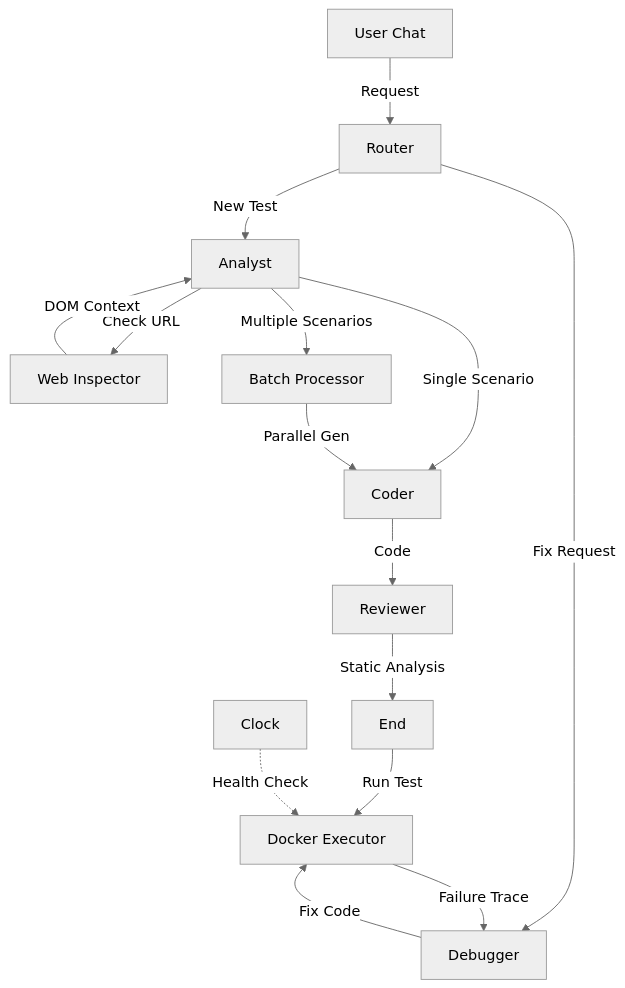
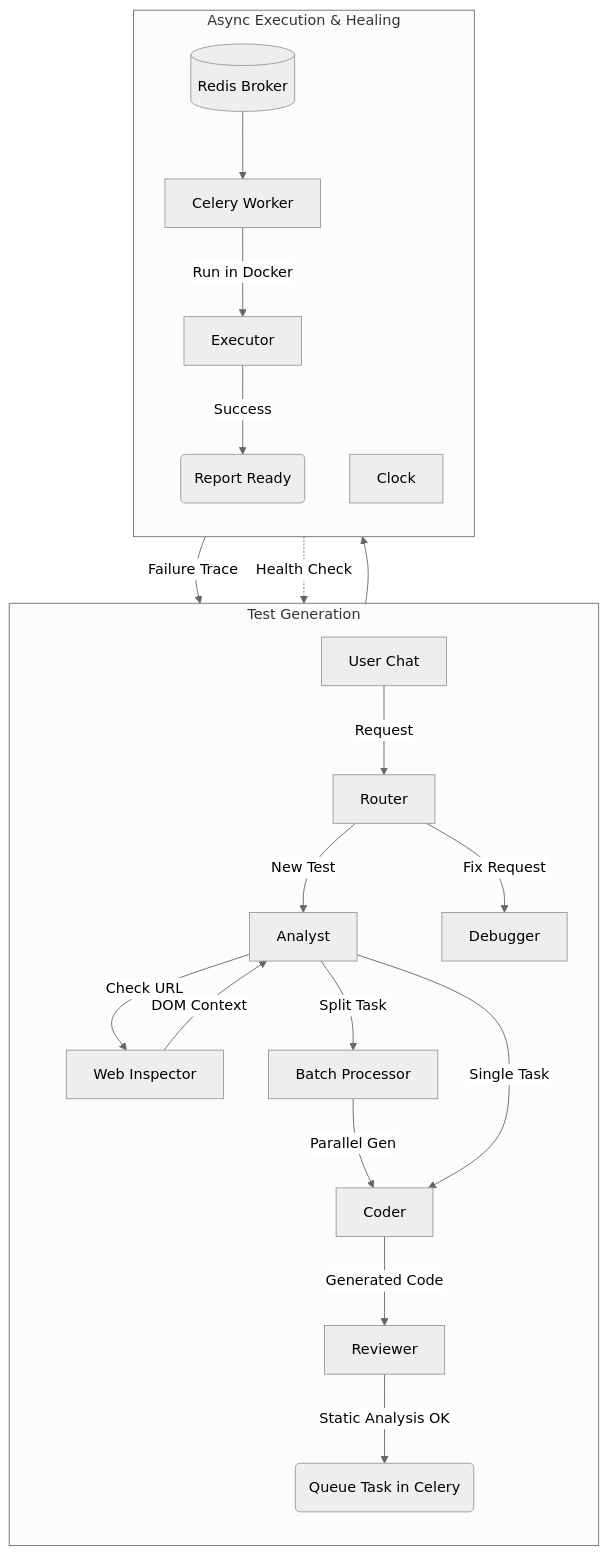
One commit to ShutovKS/copilot-audit changed the diagram in README.md. Above: the diagram before and after it, drawn with Mermaid (neutral theme). The commit also changed other lines of this file and 27 other files, not shown here.

Commit message:
Add DinD Sidecar, Celery + Redis

````diff
--- a/README.md
+++ b/README.md
@@ -61,22 +65,26 @@
 ```mermaid
 graph TD
-    User[User Chat] -->|Request| Router
-    Router -->|New Test| Analyst
-    Router -->|Fix Request| Debugger
-    
-    Analyst -->|Check URL| Inspector[Web Inspector]
-    Inspector -->|DOM Context| Analyst
-    
-    Analyst -->|Single Scenario| Coder
-    Analyst -->|Multiple Scenarios| Batch[Batch Processor]
-    
-    Batch -->|Parallel Gen| Coder
-    Coder -->|Code| Reviewer
-    Reviewer -->|Static Analysis| End
-    
-    End -->|Run Test| Executor[Docker Executor]
-    Executor -->|Failure Trace| Debugger
-    Debugger -->|Fix Code| Executor
-    
-    Scheduler[Clock] -.->|Health Check| Executor
+    subgraph "Test Generation"
+        direction TB
+        User[User Chat] -->|Request| Router
+        Router -->|New Test| Analyst
+        Router -->|Fix Request| Debugger
+        Analyst -->|Check URL| Inspector[Web Inspector]
+        Inspector -->|DOM Context| Analyst
+        Analyst -->|Split Task| Batch[Batch Processor]
+        Batch -->|Parallel Gen| Coder
+        Analyst -->|Single Task| Coder
+        Coder -->|Generated Code| Reviewer
+        Reviewer -->|Static Analysis OK| QueueTask(Queue Task in Celery)
+    end
+    subgraph "Async Execution & Healing"
+        direction TB
+        QueueTask --> Redis[(Redis Broker)]
+        Redis --> Worker[Celery Worker]
+        Worker -->|Run in Docker| Executor
+        Executor -->|Success| End(Report Ready)
+        Executor -->|Failure Trace| Debugger
+        Scheduler[Clock] -.->|Health Check| QueueTask
+    end
+
 ```
````
